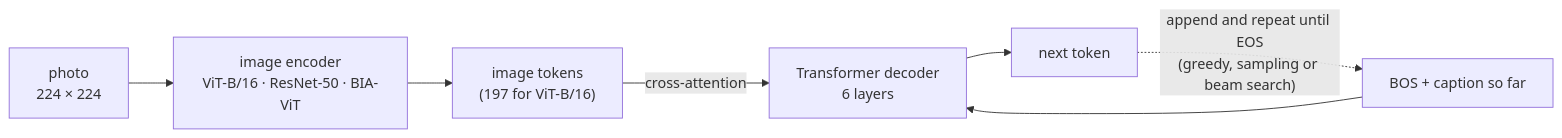
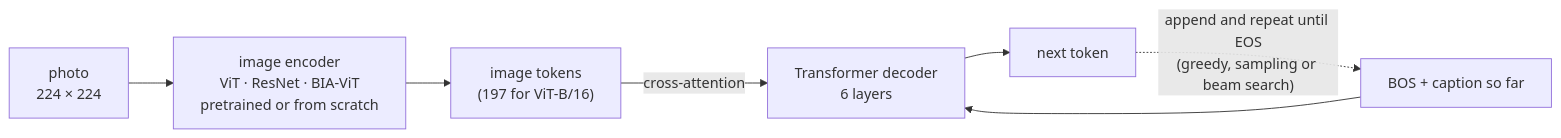
Before and after one commit to benisalla/BIA-IMG-Captioner: the diagram in README.md, drawn with Mermaid. The commit also changed other lines of this file and 21 other files, not shown here.

````diff
--- a/README.md
+++ b/README.md
@@ -16,9 +17,9 @@
 ```mermaid
 flowchart LR
-    IMG["photo<br/>224 × 224"] --> ENC["image encoder<br/>ViT-B/16 · ResNet-50 · BIA-ViT"]
+    IMG["photo<br/>224 × 224"] --> ENC["image encoder<br/>ViT · ResNet · BIA-ViT<br/>pretrained or from scratch"]
     ENC --> TOK["image tokens<br/>(197 for ViT-B/16)"]
     TOK -- "cross-attention" --> DEC["Transformer decoder<br/>6 layers"]
     TXT["BOS + caption so far"] --> DEC
     DEC --> NEXT["next token"]
     NEXT -. "append and repeat until EOS<br/>(greedy, sampling or beam search)" .-> TXT
 ```
````
